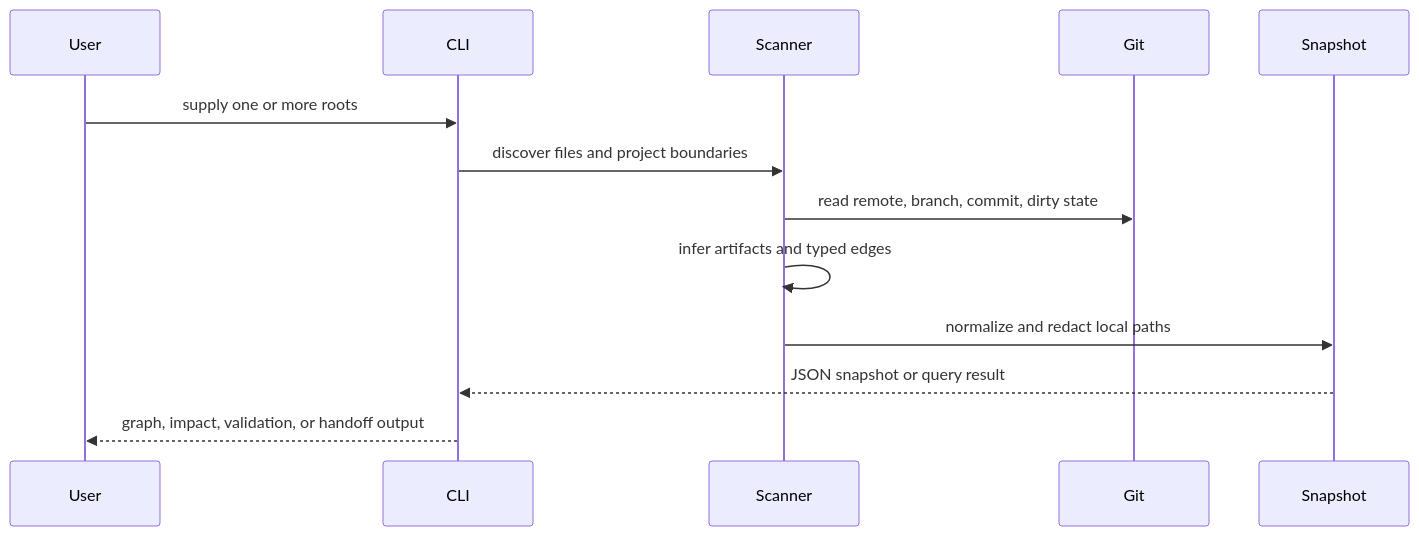
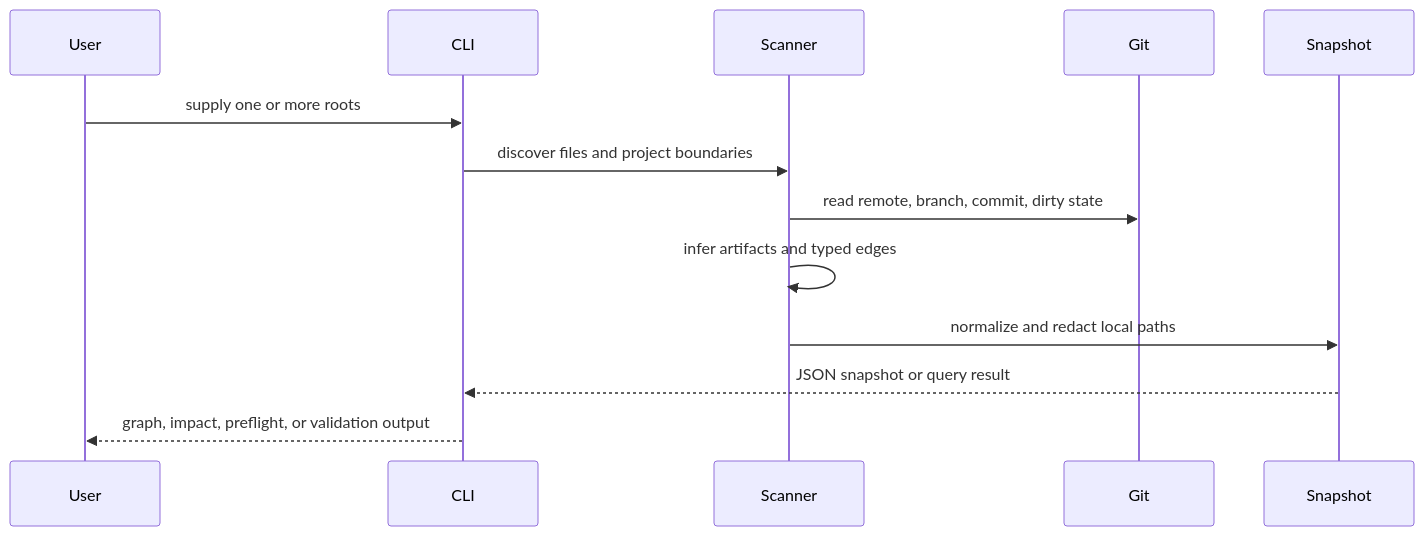
Before and after one commit to williamlabdev/aine-registry: the second of 2 diagrams in docs/BLUEPRINT.md, drawn with Mermaid. The commit also changed other lines of this file and 6 other files, not shown here.

````diff
--- a/docs/BLUEPRINT.md
+++ b/docs/BLUEPRINT.md
@@ -42,16 +47,16 @@
 ```mermaid
 sequenceDiagram
     participant User
     participant CLI
     participant Scanner
     participant Git
     participant Snapshot
 
     User->>CLI: supply one or more roots
     CLI->>Scanner: discover files and project boundaries
     Scanner->>Git: read remote, branch, commit, dirty state
     Scanner->>Scanner: infer artifacts and typed edges
     Scanner->>Snapshot: normalize and redact local paths
     Snapshot-->>CLI: JSON snapshot or query result
-    CLI-->>User: graph, impact, validation, or handoff output
+    CLI-->>User: graph, impact, preflight, or validation output
 ```
````
